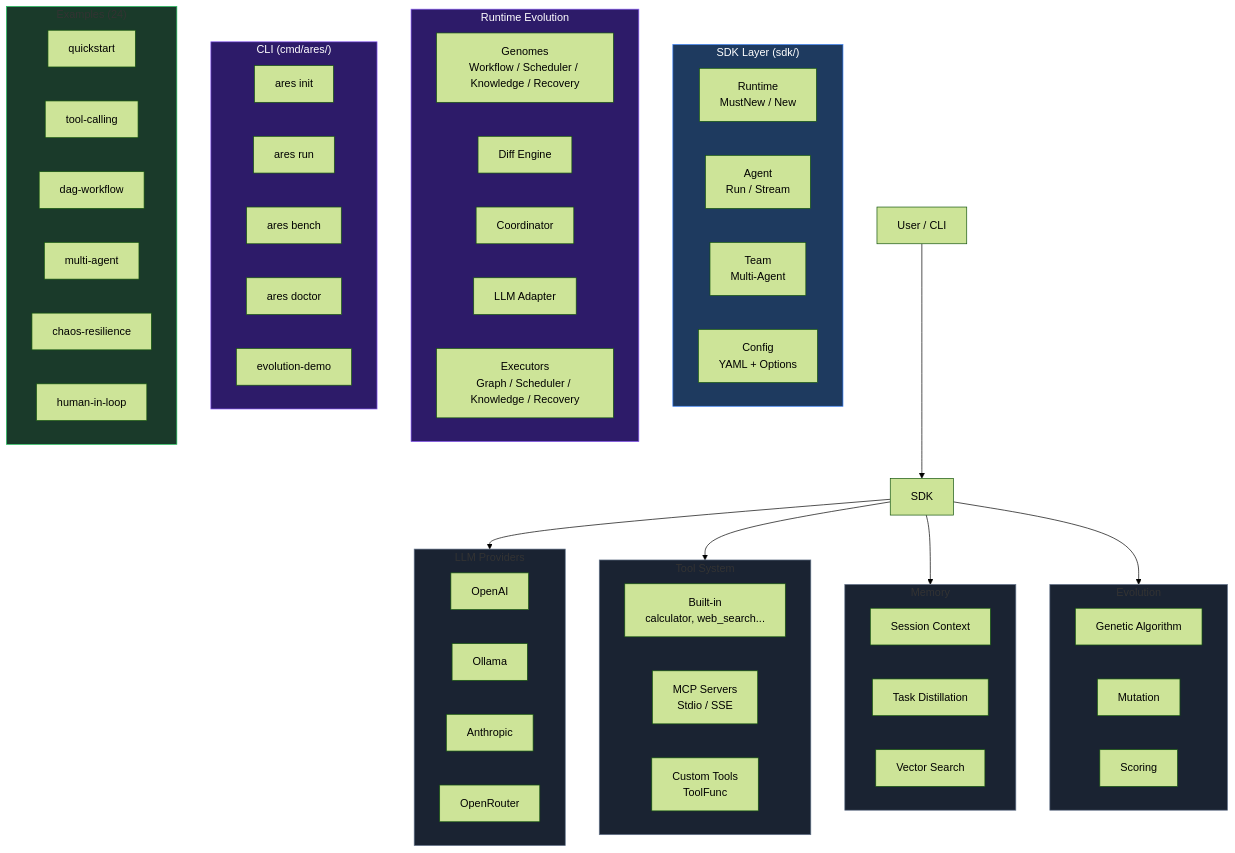
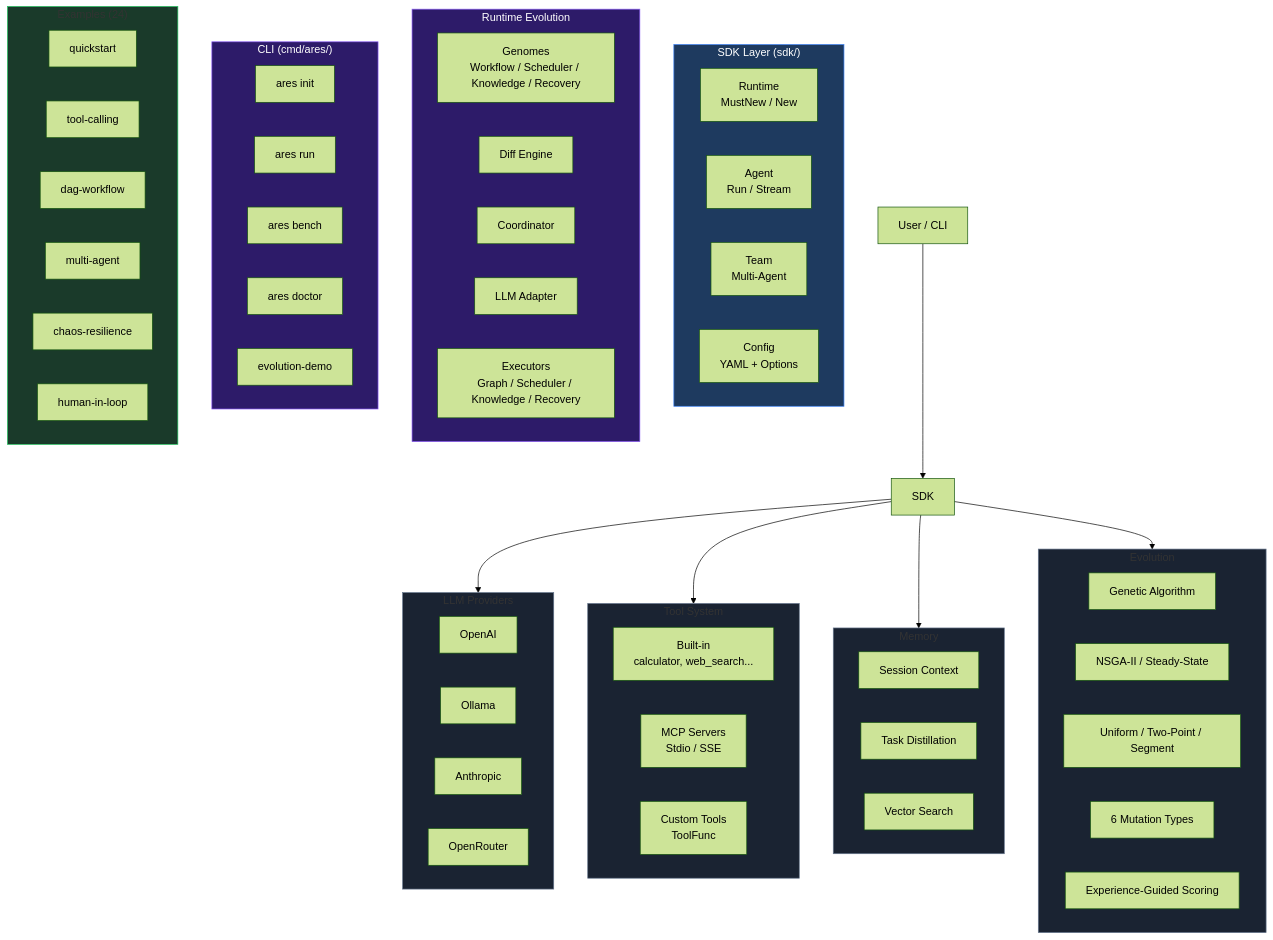
The diagram in README.md (Timwood0x10/ARES), drawn with Mermaid (forest theme) before and after one commit. The commit also changed other lines of this file and 14 other files, not shown here.

Commit message:
feat: add sdk GA evolution, nsga-ii, steady-state GA, and experience system

````diff
--- a/README.md
+++ b/README.md
@@ -132,76 +133,78 @@
 ```mermaid
 graph TB
     User["User / CLI"] --> SDK
 
     subgraph sdk ["SDK Layer (sdk/)"]
         RT["Runtime<br/>MustNew / New"]
         A["Agent<br/>Run / Stream"]
         T["Team<br/>Multi-Agent"]
         CFG["Config<br/>YAML + Options"]
     end
 
     SDK --> LLM
     SDK --> Tools
     SDK --> Memory
     SDK --> Evo
 
     subgraph LLM ["LLM Providers"]
         OAI["OpenAI"]
         OLL["Ollama"]
         ANTH["Anthropic"]
         OR["OpenRouter"]
     end
 
     subgraph Tools ["Tool System"]
         BT["Built-in<br/>calculator, web_search..."]
         MCP["MCP Servers<br/>Stdio / SSE"]
         CT["Custom Tools<br/>ToolFunc"]
     end
 
     subgraph Memory ["Memory"]
         SES["Session Context"]
         DIST["Task Distillation"]
         VEC["Vector Search"]
     end
 
     subgraph Evo ["Evolution"]
         GA["Genetic Algorithm"]
-        MUT["Mutation"]
-        SCORE["Scoring"]
+        NSGA["NSGA-II / Steady-State"]
+        CROSS["Uniform / Two-Point / Segment"]
+        MUT["6 Mutation Types"]
+        SCORE["Experience-Guided Scoring"]
     end
 
     subgraph RuntimeEvo ["Runtime Evolution"]
         GENOME["Genomes<br/>Workflow / Scheduler / Knowledge / Recovery"]
         DIFF["Diff Engine"]
         COORD["Coordinator"]
         LLM_ADAPT["LLM Adapter"]
         EXEC["Executors<br/>Graph / Scheduler / Knowledge / Recovery"]
     end
 
     subgraph CLI ["CLI (cmd/ares/)"]
         INIT["ares init"]
         RUN["ares run"]
         BENCH["ares bench"]
         DOCTOR["ares doctor"]
         EVO["ares evolution"]
     end
 
     subgraph EX ["Examples (24)"]
         QS["quickstart"]
         TC["tool-calling"]
         DAG["dag-workflow"]
         MA["multi-agent"]
         EVO["evolution-demo"]
         CHAOS["chaos-resilience"]
         HIL["human-in-loop"]
     end
 
     style sdk fill:#1e3a5f,stroke:#3b82f6,color:#fff
     style LLM fill:#1a2332,stroke:#64748b
     style Tools fill:#1a2332,stroke:#64748b
     style Memory fill:#1a2332,stroke:#64748b
     style Evo fill:#1a2332,stroke:#64748b
     style RuntimeEvo fill:#2d1b69,stroke:#8b5cf6,color:#fff
     style CLI fill:#2d1b69,stroke:#8b5cf6,color:#fff
     style EX fill:#1a3a2a,stroke:#22c55e
 ```
````
